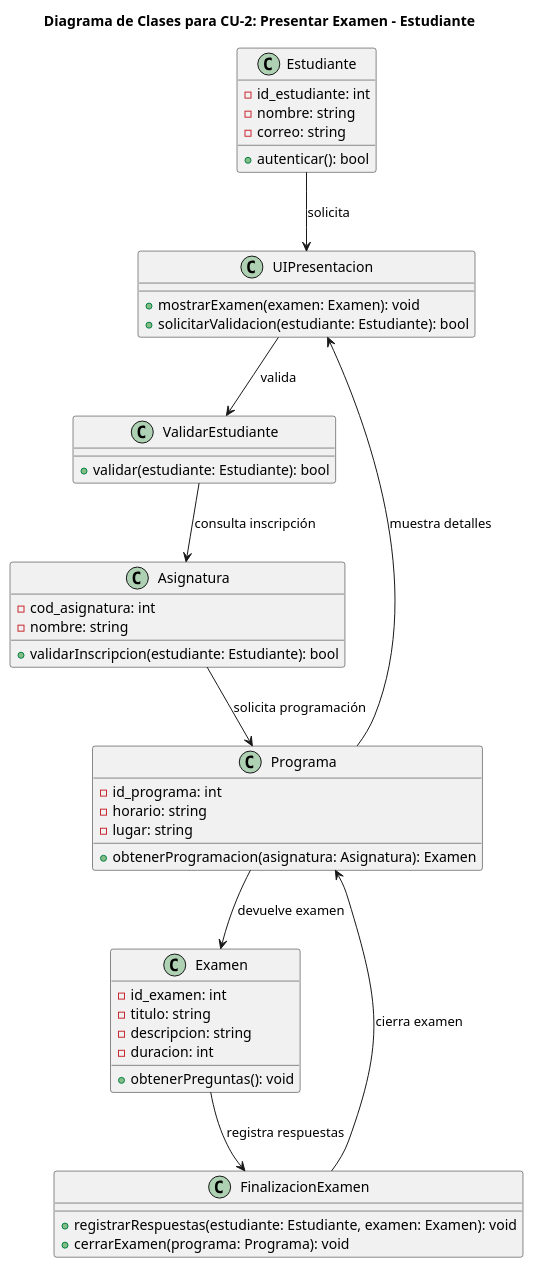
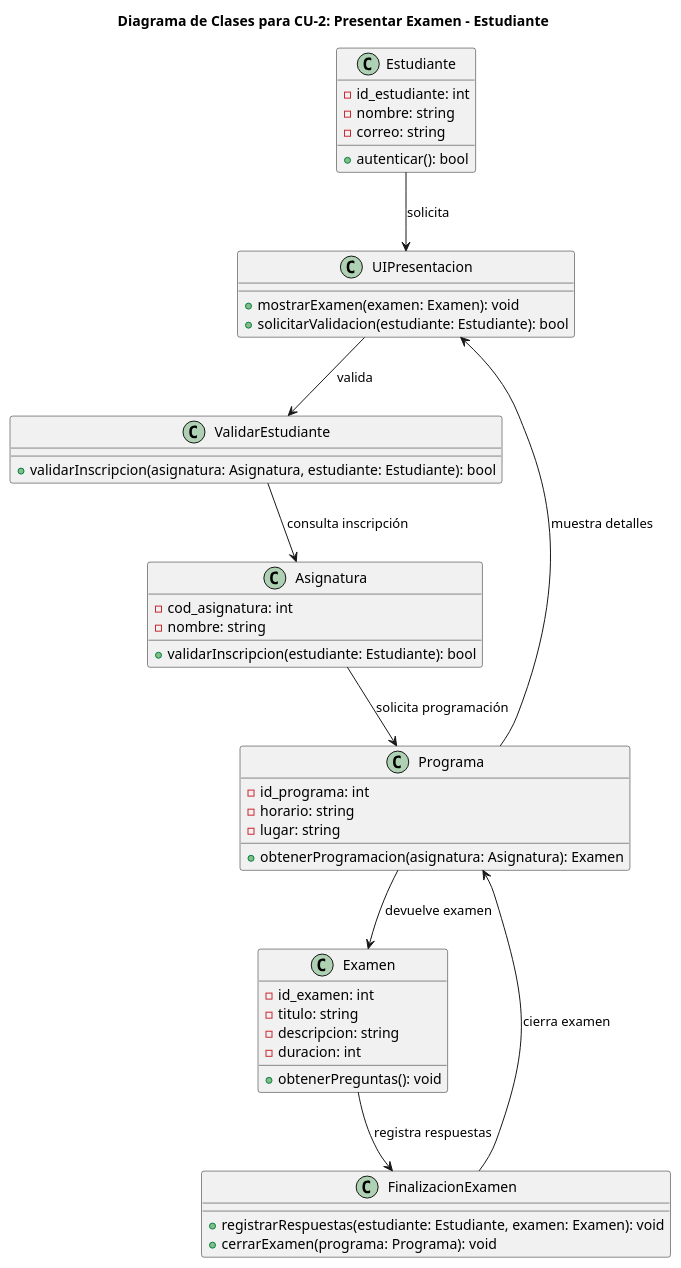
One commit to EdwinGuevarahub/Ingenieria-de-software-I changed the diagram in Diagramas/DCS_CU2_presentar_examen_estudiante.wsd. Above: the diagram before and after it, drawn with PlantUML. The commit also changed 7 other files, not shown here.

Commit message:
Add CU6 diagrams * generalization of the use case for the actors(student and teacher) - Update validarEstudiante and ValidarDocente classes methods on related diagrams

```diff
--- a/Diagramas/DCS_CU2_presentar_examen_estudiante.wsd
+++ b/Diagramas/DCS_CU2_presentar_examen_estudiante.wsd
@@ -1,54 +1,54 @@
 @startuml CU2
 title Diagrama de Clases para CU-2: Presentar Examen - Estudiante
 
 class Estudiante {
     - id_estudiante: int
     - nombre: string
     - correo: string
     + autenticar(): bool
 }
 
 class UIPresentacion {
     + mostrarExamen(examen: Examen): void
     + solicitarValidacion(estudiante: Estudiante): bool
 }
 
 class ValidarEstudiante {
-    + validar(estudiante: Estudiante): bool
+    + validarInscripcion(asignatura: Asignatura, estudiante: Estudiante): bool
 }
 
 class Asignatura {
     - cod_asignatura: int
     - nombre: string
     + validarInscripcion(estudiante: Estudiante): bool
 }
 
 class Programa {
     - id_programa: int
     - horario: string
     - lugar: string
     + obtenerProgramacion(asignatura: Asignatura): Examen
 }
 
 class Examen {
     - id_examen: int
     - titulo: string
     - descripcion: string
     - duracion: int
     + obtenerPreguntas(): void
 }
 
 class FinalizacionExamen {
     + registrarRespuestas(estudiante: Estudiante, examen: Examen): void
     + cerrarExamen(programa: Programa): void
 }
 
 Estudiante --> UIPresentacion : solicita
 UIPresentacion --> ValidarEstudiante : valida
 ValidarEstudiante --> Asignatura : consulta inscripción
 Asignatura --> Programa : solicita programación
 Programa --> Examen : devuelve examen
 Programa --> UIPresentacion : muestra detalles
 Examen --> FinalizacionExamen : registra respuestas
 FinalizacionExamen --> Programa : cierra examen
 @enduml
```
